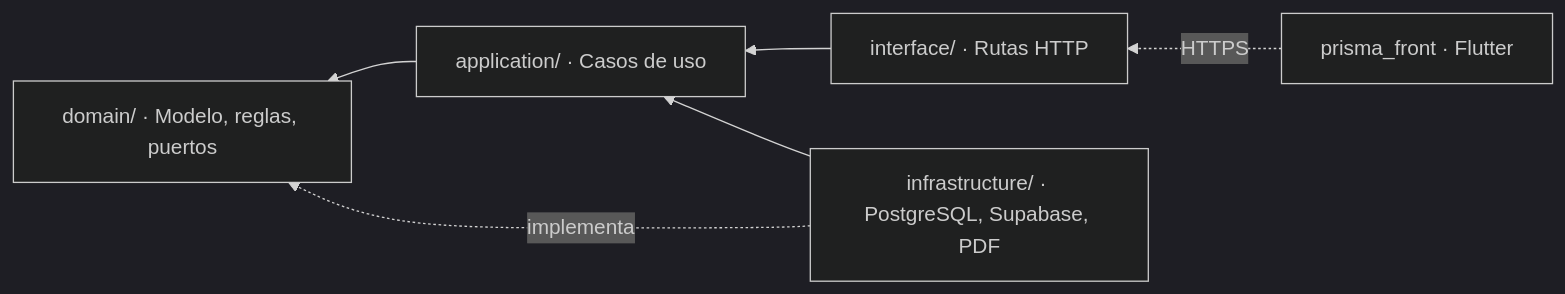
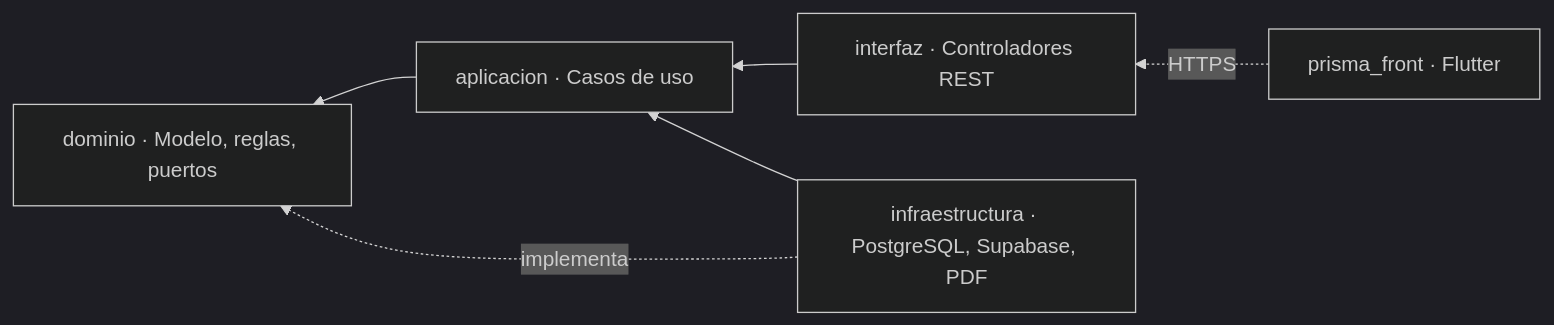
The second of 2 diagrams in docs/07-arquitectura.md (Juanchope039/Finanzas-PRISMA), drawn with Mermaid (dark theme) before and after one commit. The commit also changed other lines of this file and 30 other files, not shown here.

````diff
--- a/docs/07-arquitectura.md
+++ b/docs/07-arquitectura.md
@@ -185,8 +247,8 @@
 ```mermaid
 graph RL
-    INT[interface/ · Rutas HTTP] --> APP[application/ · Casos de uso]
-    INFRA[infrastructure/ · PostgreSQL, Supabase, PDF] --> APP
-    APP --> DOM[domain/ · Modelo, reglas, puertos]
+    INT[interfaz · Controladores REST] --> APP[aplicacion · Casos de uso]
+    INFRA[infraestructura · PostgreSQL, Supabase, PDF] --> APP
+    APP --> DOM[dominio · Modelo, reglas, puertos]
     INFRA -.implementa.-> DOM
     FRONT[prisma_front · Flutter] -.HTTPS.-> INT
 ```
````
